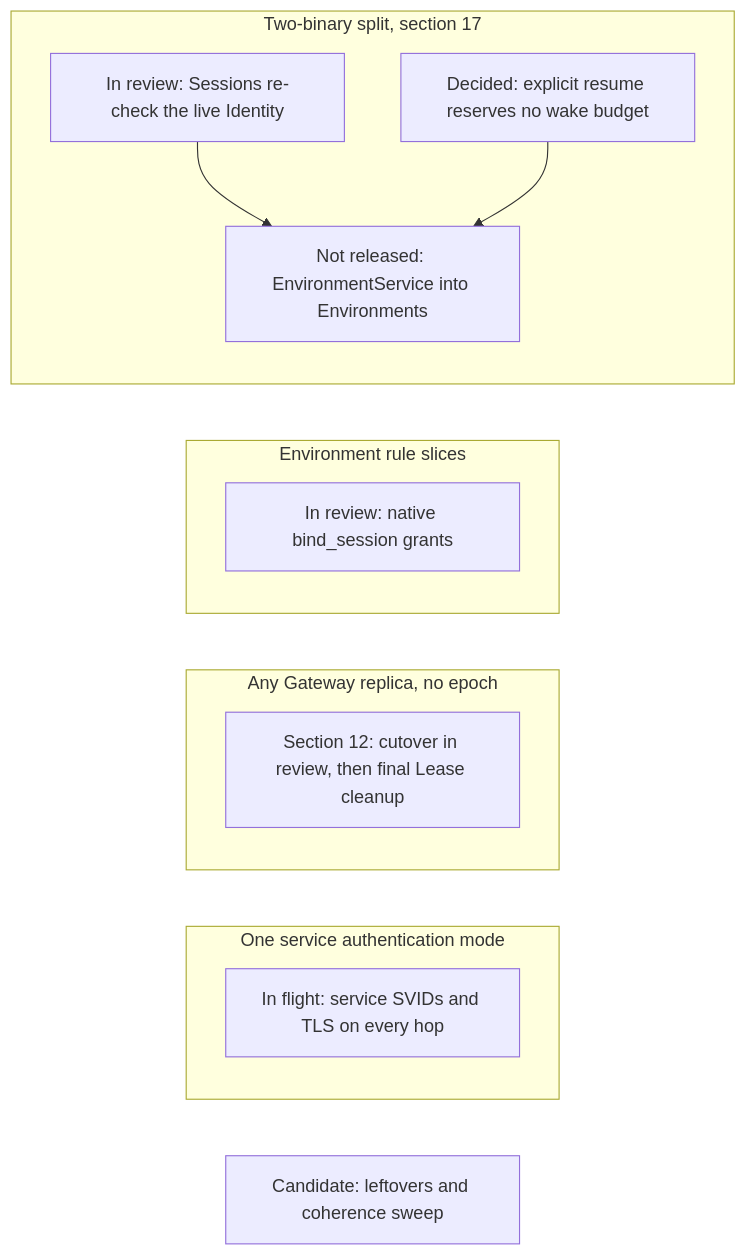
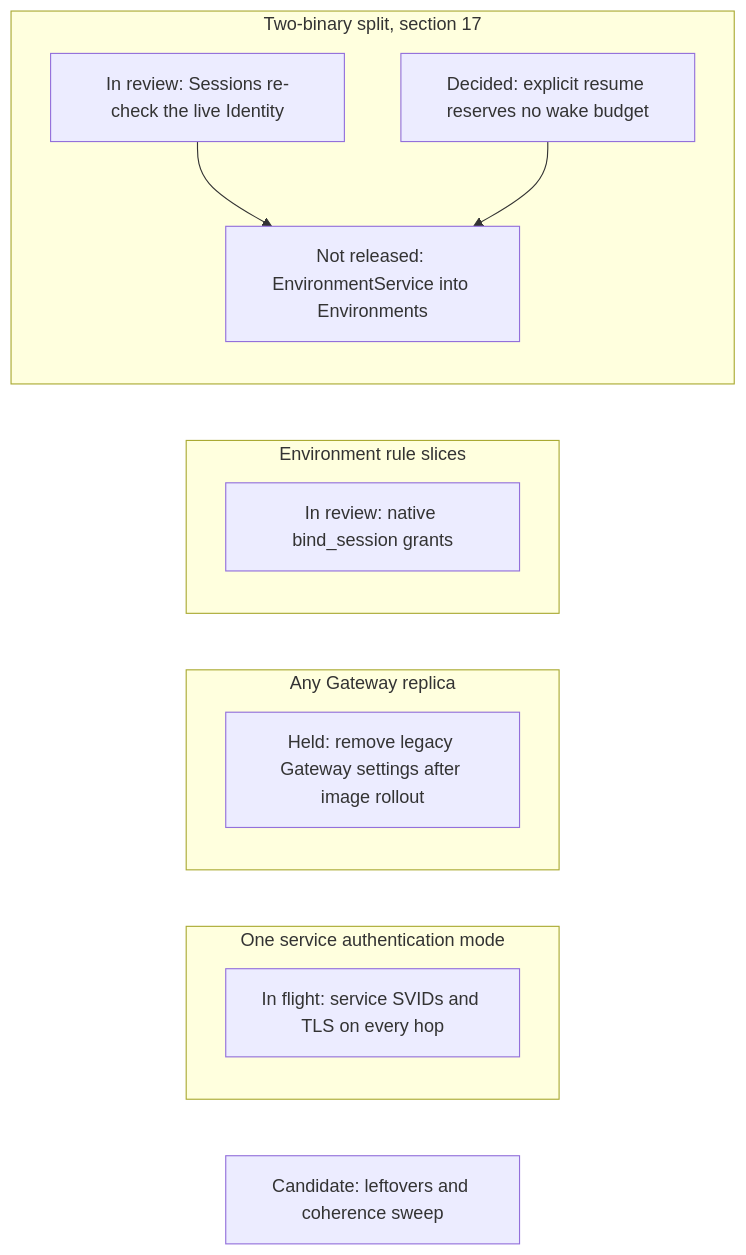
One commit to agentydragon/ducktape changed the first of 21 diagrams in agentplane/plans/task_dag.md. Above: the diagram before and after it, drawn with Mermaid. The commit also changed other lines of this file and 46 other files, not shown here.

````diff
--- a/agentplane/plans/task_dag.md
+++ b/agentplane/plans/task_dag.md
@@ -199,20 +199,20 @@
 ```mermaid
 flowchart LR
     subgraph AUTH_TRACK[One service authentication mode]
         PRIVILEGED_BACKEND_AUTH_DESIGN[In flight: service SVIDs and TLS on every hop]
     end
-    subgraph GATEWAY_TRACK[Any Gateway replica, no epoch]
-        RUNNER_CONNECTION_LEASE_CLEANUP[Section 12: cutover in review, then final Lease cleanup]
+    subgraph GATEWAY_TRACK[Any Gateway replica]
+        RUNNER_GATEWAY_SETTINGS_CLEANUP[Held: remove legacy Gateway settings after image rollout]
     end
     subgraph RULE_TRACK[Environment rule slices]
         ENVIRONMENT_IDENTITY_BIND_SESSION[In review: native bind_session grants]
     end
     subgraph SPLIT_TRACK[Two-binary split, section 17]
         SANDBOX_IDENTITY_RECHECK[In review: Sessions re-check the live Identity]
         EXPLICIT_RESUME_BUDGET_REMOVAL[Decided: explicit resume reserves no wake budget]
         ENVIRONMENT_SERVICE_TO_ENVIRONMENTS[Not released: EnvironmentService into Environments]
         SANDBOX_IDENTITY_RECHECK --> ENVIRONMENT_SERVICE_TO_ENVIRONMENTS
         EXPLICIT_RESUME_BUDGET_REMOVAL --> ENVIRONMENT_SERVICE_TO_ENVIRONMENTS
     end
     REFACTOR_COHERENCE_AUDIT[Candidate: leftovers and coherence sweep]
 ```
````
